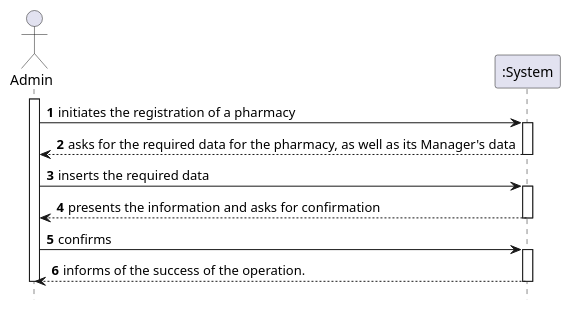
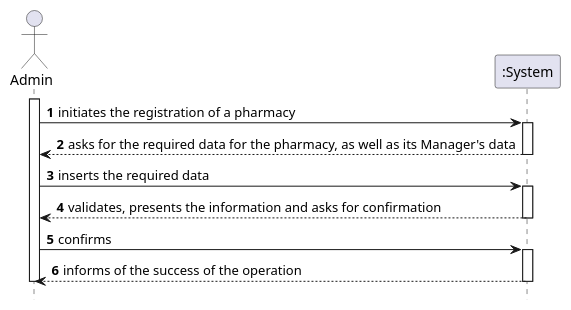
One commit to tiagoavcosta25/LAPR3 changed the diagram in docs/Iteration 1/Pharmacy Management/US40_RegisterPhamacy/US40_SSD.puml. Above: the diagram before and after it, drawn with PlantUML. The commit also changed 3 other files, not shown here.

```diff
--- a/docs/Iteration 1/Pharmacy Management/US40_RegisterPhamacy/US40_SSD.puml
+++ b/docs/Iteration 1/Pharmacy Management/US40_RegisterPhamacy/US40_SSD.puml
@@ -1,27 +1,27 @@
 @startuml
 autonumber
 hide footbox
 
 actor "Admin" as ADM
 participant ":System" as SYST
 
 activate ADM
 
 ADM -> SYST : initiates the registration of a pharmacy
 activate SYST
 SYST --> ADM : asks for the required data for the pharmacy, as well as its Manager's data
 deactivate SYST
 
 ADM -> SYST : inserts the required data
 activate SYST
-SYST --> ADM : presents the information and asks for confirmation
+SYST --> ADM : validates, presents the information and asks for confirmation
 deactivate SYST
 
 ADM -> SYST : confirms
 activate SYST
-SYST --> ADM : informs of the success of the operation.
+SYST --> ADM : informs of the success of the operation
 deactivate SYST
 
 deactivate ADM
 
 @enduml
```
